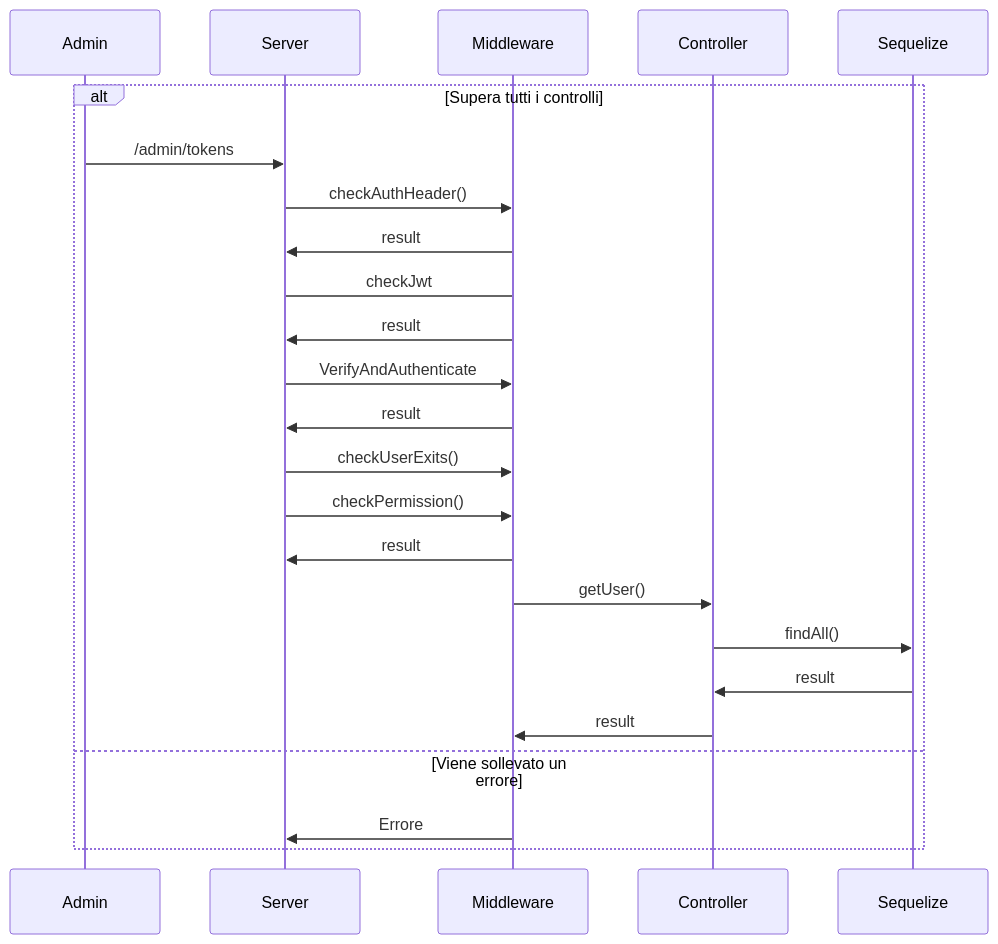
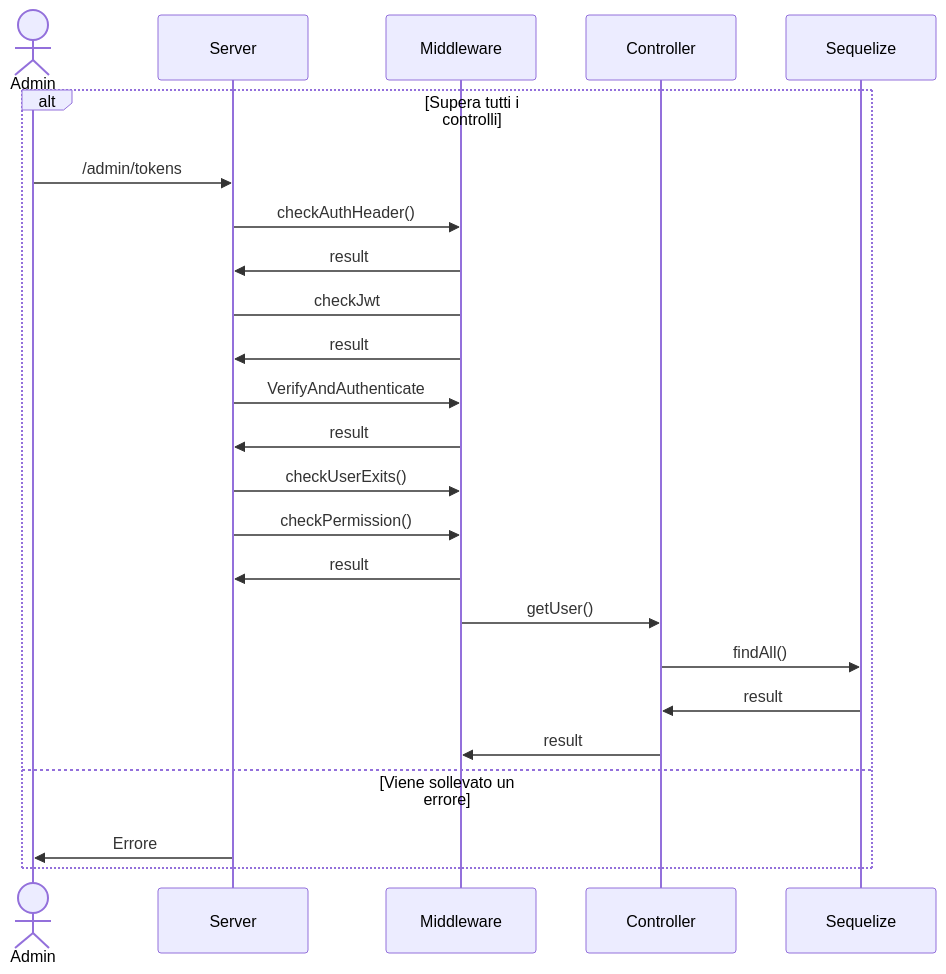
One commit to AgneseBruglia/PA2024 changed the fifth of 7 diagrams in README.md. Above: the diagram before and after it, drawn with Mermaid.

````diff
--- a/README.md
+++ b/README.md
@@ -262,21 +262,22 @@
 ```mermaid
 sequenceDiagram
     alt Supera tutti i controlli
+        actor Admin
         Admin->>Server: /admin/tokens
         Server->>Middleware: checkAuthHeader()
         Middleware->>Server: result
         Server->Middleware: checkJwt
         Middleware->>Server: result
         Server->>Middleware: VerifyAndAuthenticate 
         Middleware->>Server: result
         Server->>Middleware: checkUserExits()
         Server->>Middleware: checkPermission()
         Middleware->>Server: result 
         Middleware->>Controller: getUser()
         Controller->>Sequelize: findAll()
         Sequelize->>Controller: result
         Controller->>Middleware: result
     else Viene sollevato un errore
-        Middleware->>Server: Errore
+        Server->>Admin: Errore
     end
 ```
````
